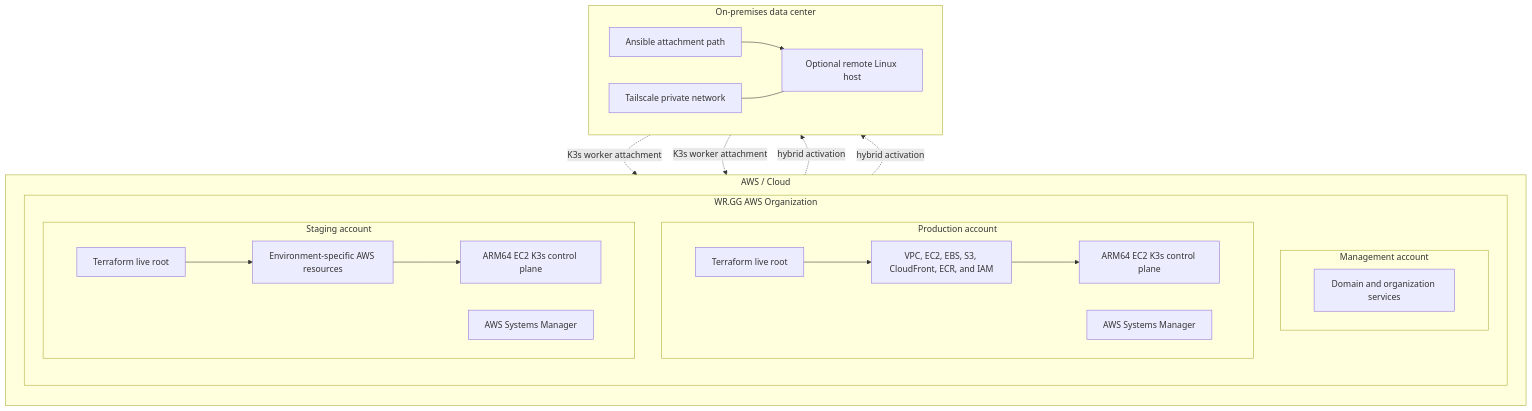
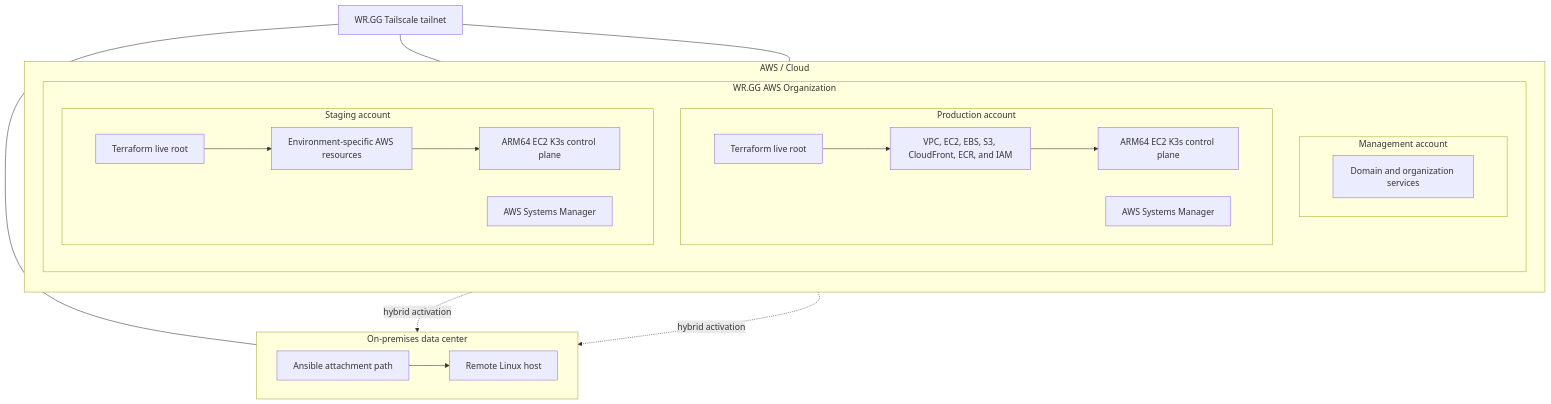
Before and after one commit to winrates-gg/wrgg-public-documentation: the diagram in docs/infrastructure.md, drawn with Mermaid. The commit also changed other lines of this file and 1 other file, not shown here.

Commit message:
more presentation experiments

````diff
--- a/docs/infrastructure.md
+++ b/docs/infrastructure.md
@@ -13,47 +13,47 @@
 ```mermaid
 flowchart TB
     subgraph AWS["AWS / Cloud"]
         direction TB
         subgraph Organization["WR.GG AWS Organization"]
             direction TB
             subgraph Management["Management account"]
                 direction LR
                 ManagementServices["Domain and organization services"]
             end
 
             subgraph Production["Production account"]
                 direction LR
                 ProductionTerraform["Terraform live root"]
                 ProductionResources["VPC, EC2, EBS, S3, CloudFront, ECR, and IAM"]
                 ProductionControl["ARM64 EC2 K3s control plane"]
                 ProductionSSM["AWS Systems Manager"]
                 ProductionTerraform --> ProductionResources
                 ProductionResources --> ProductionControl
             end
 
             subgraph Staging["Staging account"]
                 direction LR
                 StagingTerraform["Terraform live root"]
                 StagingResources["Environment-specific AWS resources"]
                 StagingControl["ARM64 EC2 K3s control plane"]
                 StagingSSM["AWS Systems Manager"]
                 StagingTerraform --> StagingResources
                 StagingResources --> StagingControl
             end
         end
     end
 
     subgraph OnPrem["On-premises data center"]
         direction LR
         Ansible["Ansible attachment path"]
-        RemoteHost["Optional remote Linux host"]
-        Tailscale["Tailscale private network"]
+        RemoteHost["Remote Linux host"]
         Ansible --> RemoteHost
-        Tailscale --- RemoteHost
     end
 
+    Tailscale["WR.GG Tailscale tailnet"]
     ProductionSSM -. hybrid activation .-> Ansible
     StagingSSM -. hybrid activation .-> Ansible
-    RemoteHost -. K3s worker attachment .-> ProductionControl
-    RemoteHost -. K3s worker attachment .-> StagingControl
+    Tailscale --- ProductionControl
+    Tailscale --- StagingControl
+    Tailscale --- RemoteHost
 ```
````
